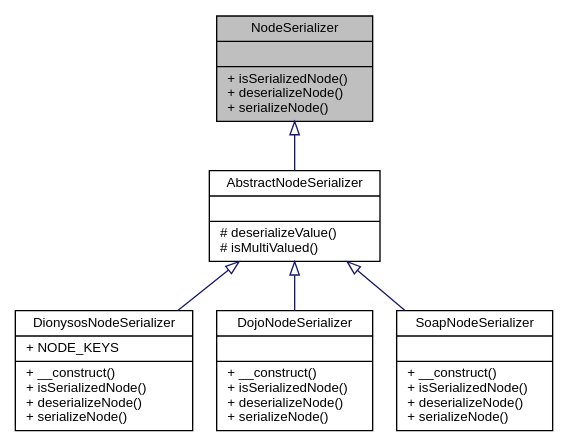
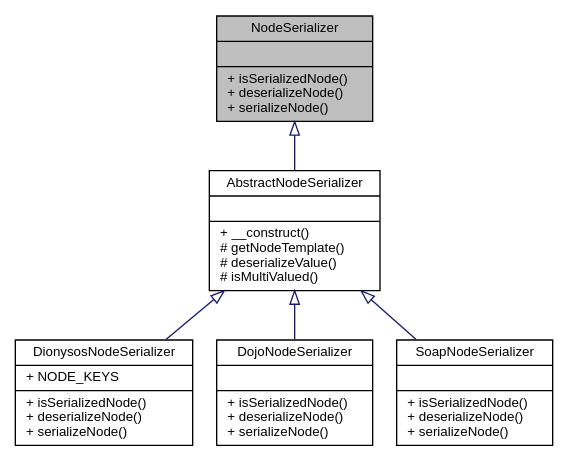
The diagram in interfacewcmf_1_1lib_1_1model_1_1_node_serializer__inherit__graph.dot (eherwig/wcmf), drawn with Graphviz before and after one commit. The commit also changed 1132 other files, not shown here.

```diff
--- a/interfacewcmf_1_1lib_1_1model_1_1_node_serializer__inherit__graph.dot
+++ b/interfacewcmf_1_1lib_1_1model_1_1_node_serializer__inherit__graph.dot
@@ -1,14 +1,14 @@
 digraph "NodeSerializer"
 {
   edge [fontname="Helvetica",fontsize="10",labelfontname="Helvetica",labelfontsize="10"];
   node [fontname="Helvetica",fontsize="10",shape=record];
   Node0 [label="{NodeSerializer\n||+ isSerializedNode()\l+ deserializeNode()\l+ serializeNode()\l}",height=0.2,width=0.4,color="black", fillcolor="grey75", style="filled", fontcolor="black"];
   Node0 -> Node1 [dir="back",color="midnightblue",fontsize="10",style="solid",arrowtail="onormal",fontname="Helvetica"];
-  Node1 [label="{AbstractNodeSerializer\n||# deserializeValue()\l# isMultiValued()\l}",height=0.2,width=0.4,color="black", fillcolor="white", style="filled",URL="$classwcmf_1_1lib_1_1model_1_1impl_1_1_abstract_node_serializer.html",tooltip="NodeSerializerBase is a base class for NodeSerialize implementations. "];
+  Node1 [label="{AbstractNodeSerializer\n||+ __construct()\l# getNodeTemplate()\l# deserializeValue()\l# isMultiValued()\l}",height=0.2,width=0.4,color="black", fillcolor="white", style="filled",URL="$classwcmf_1_1lib_1_1model_1_1impl_1_1_abstract_node_serializer.html",tooltip="NodeSerializerBase is a base class for NodeSerialize implementations. "];
   Node1 -> Node2 [dir="back",color="midnightblue",fontsize="10",style="solid",arrowtail="onormal",fontname="Helvetica"];
-  Node2 [label="{DionysosNodeSerializer\n|+ NODE_KEYS\l|+ __construct()\l+ isSerializedNode()\l+ deserializeNode()\l+ serializeNode()\l}",height=0.2,width=0.4,color="black", fillcolor="white", style="filled",URL="$classwcmf_1_1lib_1_1model_1_1impl_1_1_dionysos_node_serializer.html",tooltip="DionysosNodeSerializer is used to serialize Nodes into the Dionysos format and vice versa..."];
+  Node2 [label="{DionysosNodeSerializer\n|+ NODE_KEYS\l|+ isSerializedNode()\l+ deserializeNode()\l+ serializeNode()\l}",height=0.2,width=0.4,color="black", fillcolor="white", style="filled",URL="$classwcmf_1_1lib_1_1model_1_1impl_1_1_dionysos_node_serializer.html",tooltip="DionysosNodeSerializer is used to serialize Nodes into the Dionysos format and vice versa..."];
   Node1 -> Node3 [dir="back",color="midnightblue",fontsize="10",style="solid",arrowtail="onormal",fontname="Helvetica"];
-  Node3 [label="{DojoNodeSerializer\n||+ __construct()\l+ isSerializedNode()\l+ deserializeNode()\l+ serializeNode()\l}",height=0.2,width=0.4,color="black", fillcolor="white", style="filled",URL="$classwcmf_1_1lib_1_1model_1_1impl_1_1_dojo_node_serializer.html",tooltip="DojoNodeSerializer is used to serialize Nodes into the Dojo rest format and vice versa. "];
+  Node3 [label="{DojoNodeSerializer\n||+ isSerializedNode()\l+ deserializeNode()\l+ serializeNode()\l}",height=0.2,width=0.4,color="black", fillcolor="white", style="filled",URL="$classwcmf_1_1lib_1_1model_1_1impl_1_1_dojo_node_serializer.html",tooltip="DojoNodeSerializer is used to serialize Nodes into the Dojo rest format and vice versa. "];
   Node1 -> Node4 [dir="back",color="midnightblue",fontsize="10",style="solid",arrowtail="onormal",fontname="Helvetica"];
-  Node4 [label="{SoapNodeSerializer\n||+ __construct()\l+ isSerializedNode()\l+ deserializeNode()\l+ serializeNode()\l}",height=0.2,width=0.4,color="black", fillcolor="white", style="filled",URL="$classwcmf_1_1lib_1_1model_1_1impl_1_1_soap_node_serializer.html",tooltip="SoapNodeSerializer is used to serialize Nodes into the soap format and vice versa. "];
+  Node4 [label="{SoapNodeSerializer\n||+ isSerializedNode()\l+ deserializeNode()\l+ serializeNode()\l}",height=0.2,width=0.4,color="black", fillcolor="white", style="filled",URL="$classwcmf_1_1lib_1_1model_1_1impl_1_1_soap_node_serializer.html",tooltip="SoapNodeSerializer is used to serialize Nodes into the soap format and vice versa. "];
 }
```
